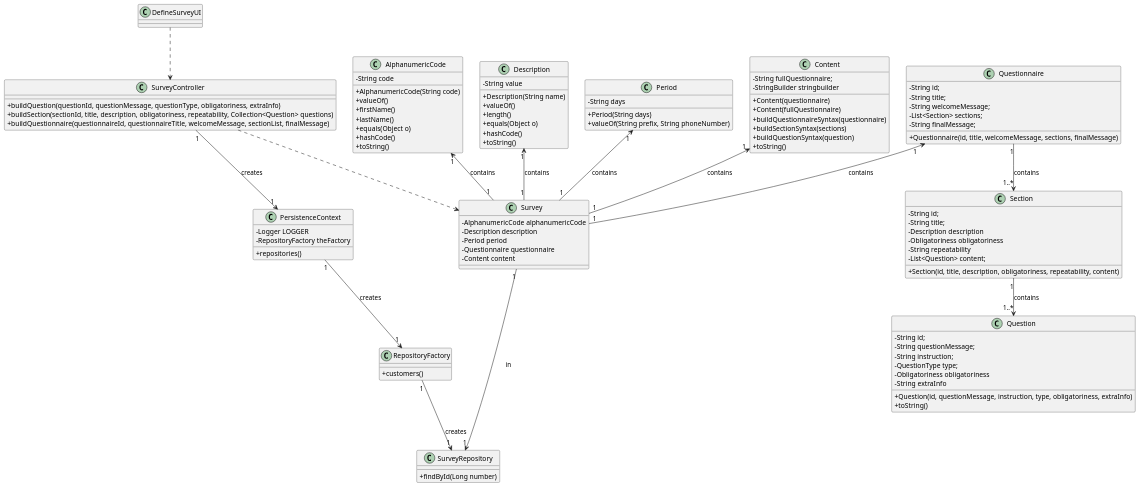
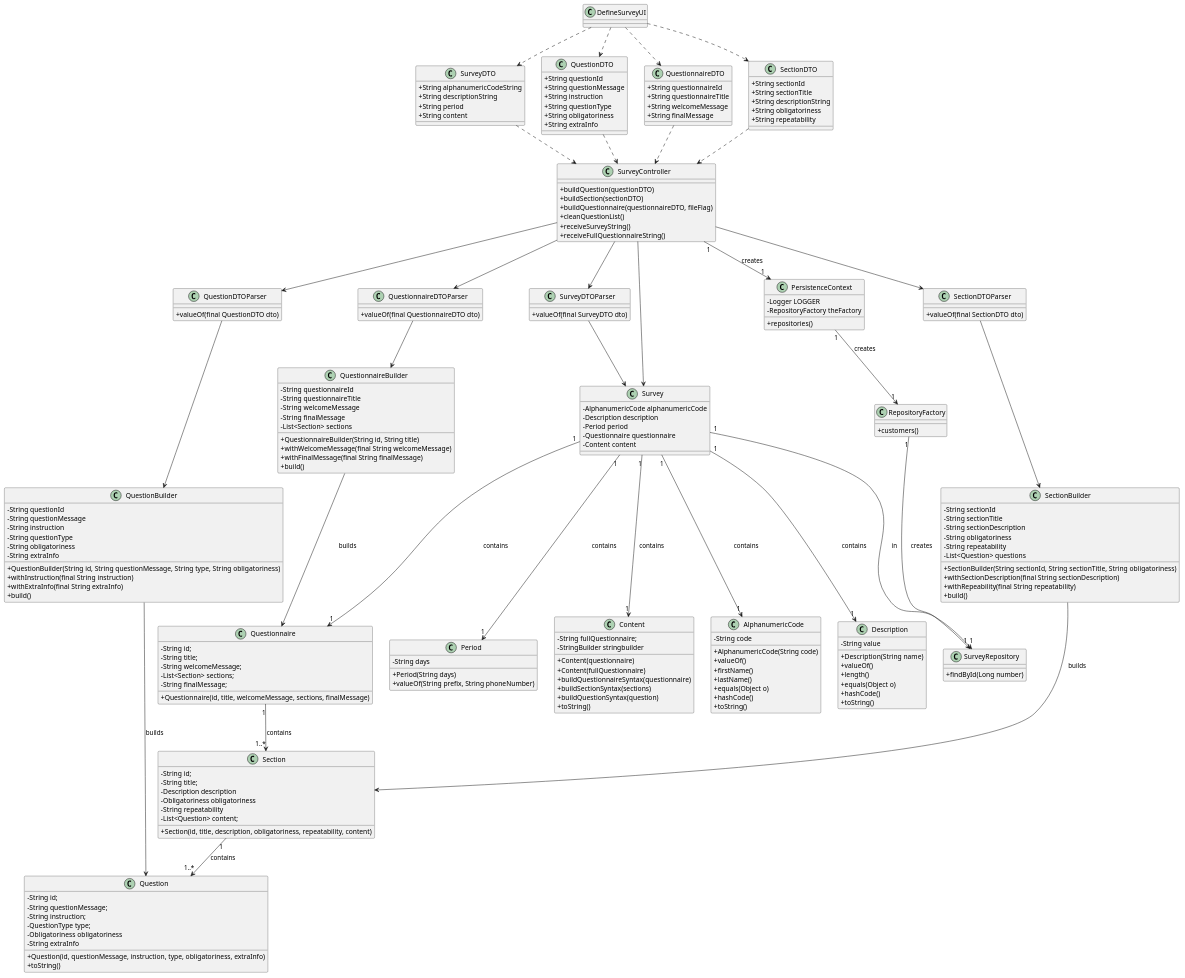
Before and after one commit to RuiRioPina/LAPR4-21-22: the diagram in docs/1201568/US3001/Diagramas/cd.puml, drawn with PlantUML. The commit also changed 6 other files, not shown here.

Commit message:
#29 [US3001] [Documentation] Updating the documentation to incorporate changes made to the initial plan. All the changes incide on the usage of DTOs, which directly or indirectly changed the flow of the execution of the program.

```diff
--- a/docs/1201568/US3001/Diagramas/cd.puml
+++ b/docs/1201568/US3001/Diagramas/cd.puml
@@ -5,9 +5,12 @@
 }
 
 Class "SurveyController"{
-+buildQuestion(questionId, questionMessage, questionType, obligatoriness, extraInfo)
-+buildSection(sectionId, title, description, obligatoriness, repeatability, Collection<Question> questions)
-+buildQuestionnaire(questionnaireId, questionnaireTitle, welcomeMessage, sectionList, finalMessage)
++buildQuestion(questionDTO)
++buildSection(sectionDTO)
++buildQuestionnaire(questionnaireDTO, fileFlag)
++cleanQuestionList()
++receiveSurveyString()
++receiveFullQuestionnaireString()
 }
 
 Class "AlphanumericCode"{
@@ -32,6 +35,96 @@
 +hashCode()
 +toString()
 }
+
+Class "QuestionDTO"{
+     +String questionId
+     +String questionMessage
+     +String instruction
+     +String questionType
+     +String obligatoriness
+     +String extraInfo
+}
+
+Class "QuestionnaireDTO"{
+     +String questionnaireId
+     +String questionnaireTitle
+     +String welcomeMessage
+     +String finalMessage
+}
+
+Class "SectionDTO"{
+    +String sectionId
+    +String sectionTitle
+    +String descriptionString
+    +String obligatoriness
+    +String repeatability
+}
+
+Class "SurveyDTO"{
+     +String alphanumericCodeString
+     +String descriptionString
+     +String period
+     +String content
+}
+
+Class "QuestionDTOParser"{
+     +valueOf(final QuestionDTO dto)
+}
+
+Class "QuestionnaireDTOParser"{
+     +valueOf(final QuestionnaireDTO dto)
+}
+
+Class "SectionDTOParser"{
+     +valueOf(final SectionDTO dto)
+}
+
+Class "SurveyDTOParser"{
+     +valueOf(final SurveyDTO dto)
+}
+
+Class "QuestionBuilder"{
+     -String questionId
+     -String questionMessage
+     -String instruction
+     -String questionType
+     -String obligatoriness
+     -String extraInfo
+
+     +QuestionBuilder(String id, String questionMessage, String type, String obligatoriness)
+     +withInstruction(final String instruction)
+     +withExtraInfo(final String extraInfo)
+     +build()
+}
+
+
+Class "QuestionnaireBuilder"{
+     -String questionnaireId
+     -String questionnaireTitle
+     -String welcomeMessage
+     -String finalMessage
+     -List<Section> sections
+     +QuestionnaireBuilder(String id, String title)
+     +withWelcomeMessage(final String welcomeMessage)
+     +withFinalMessage(final String finalMessage)
+     +build()
+}
+
+Class "SectionBuilder"{
+     - String sectionId
+     - String sectionTitle
+     - String sectionDescription
+     - String obligatoriness
+     - String repeatability
+     - List<Question> questions
+     +SectionBuilder(String sectionId, String sectionTitle, String obligatoriness)
+     +withSectionDescription(final String sectionDescription)
+     +withRepeability(final String repeatability)
+     +build()
+}
+
+
+
 Class "Period"{
      -String days
      +Period(String days)
@@ -108,15 +201,38 @@
 +findById(Long number)
 }
 
+DefineSurveyUI..> "SectionDTO"
+DefineSurveyUI..> "QuestionnaireDTO"
+DefineSurveyUI..> "QuestionDTO"
+DefineSurveyUI..> "SurveyDTO"
 
-DefineSurveyUI..> SurveyController
-SurveyController..> Survey
+SurveyController <.u. "SectionDTO"
+SurveyController <.u. "QuestionnaireDTO"
+SurveyController <.u. "QuestionDTO"
+SurveyController <.u. "SurveyDTO"
 
-"AlphanumericCode" "1" <-- "1" Survey : contains
-"Description" "1" <-- "1" Survey : contains
-"Period" "1" <-- "1" Survey : contains
-"Questionnaire" "1" <-- "1" Survey : contains
-"Content" "1" <-- "1" Survey : contains
+SurveyController --> Survey
+
+SurveyController --> "SurveyDTOParser"
+SurveyController --> "QuestionnaireDTOParser"
+SurveyController --> "SectionDTOParser"
+SurveyController --> "QuestionDTOParser"
+
+"Survey" <-u- "SurveyDTOParser"
+"QuestionnaireBuilder" <-u- "QuestionnaireDTOParser"
+"SectionBuilder" <-u- "SectionDTOParser"
+QuestionBuilder <-u- "QuestionDTOParser"
+
+"QuestionnaireBuilder" -d-> "Questionnaire" :builds
+"SectionBuilder" -d-> "Section" :builds
+QuestionBuilder -d-> "Question" :builds
+
+
+"AlphanumericCode" "1" <-u- "1" Survey : contains
+"Description" "1" <-u- "1" Survey : contains
+"Period" "1" <-u- "1" Survey : contains
+"Questionnaire" "1" <-u- "1" Survey : contains
+"Content" "1" <-u- "1" Survey : contains
 
 "Questionnaire" "1" --> "1..*" "Section" :contains
 
```
